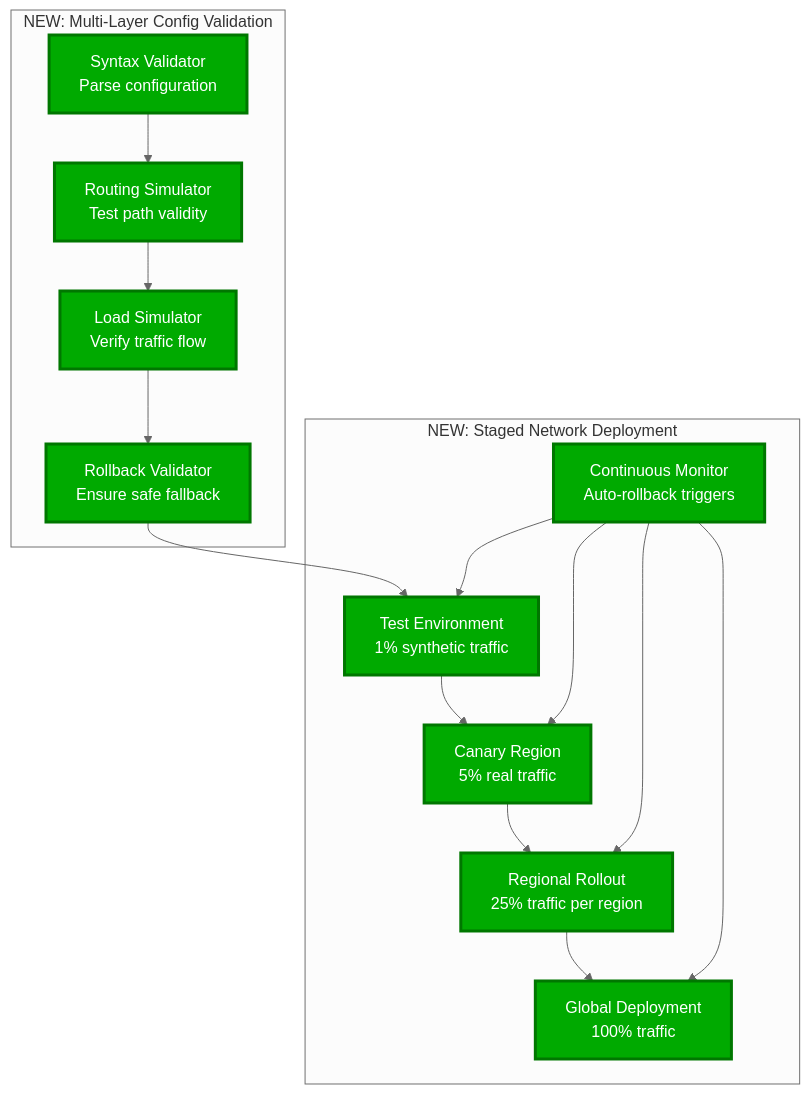
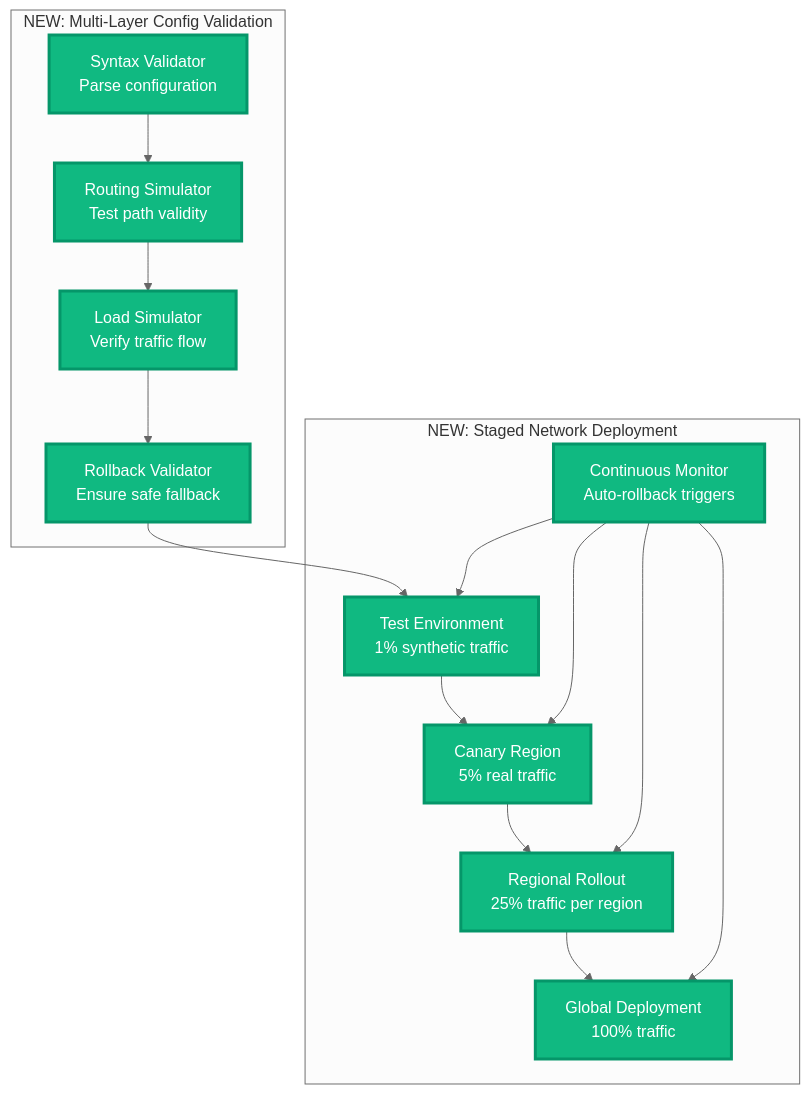
Before and after one commit to deepaucksharma/DS: the tenth of 11 diagrams in site/docs/incidents/google-cloud-november-2021.md, drawn with Mermaid (neutral theme). The commit also changed other lines of this file and 303 other files, not shown here.

````diff
--- a/site/docs/incidents/google-cloud-november-2021.md
+++ b/site/docs/incidents/google-cloud-november-2021.md
@@ -374,28 +374,28 @@
 ```mermaid
 graph TB
     subgraph "NEW: Multi-Layer Config Validation"
         VALIDATE1[Syntax Validator<br/>Parse configuration]
         VALIDATE2[Routing Simulator<br/>Test path validity]
         VALIDATE3[Load Simulator<br/>Verify traffic flow]
         VALIDATE4[Rollback Validator<br/>Ensure safe fallback]
     end
 
     subgraph "NEW: Staged Network Deployment"
         STAGE1[Test Environment<br/>1% synthetic traffic]
         STAGE2[Canary Region<br/>5% real traffic]
         STAGE3[Regional Rollout<br/>25% traffic per region]
         STAGE4[Global Deployment<br/>100% traffic]
         MONITOR[Continuous Monitor<br/>Auto-rollback triggers]
     end
 
     VALIDATE1 --> VALIDATE2 --> VALIDATE3 --> VALIDATE4
     VALIDATE4 --> STAGE1 --> STAGE2 --> STAGE3 --> STAGE4
 
     MONITOR --> STAGE1
     MONITOR --> STAGE2
     MONITOR --> STAGE3
     MONITOR --> STAGE4
 
-    classDef newStyle fill:#00AA00,stroke:#007700,color:#fff,stroke-width:3px
+    classDef newStyle fill:#10B981,stroke:#059669,color:#fff,stroke-width:3px
     class VALIDATE1,VALIDATE2,VALIDATE3,VALIDATE4,STAGE1,STAGE2,STAGE3,STAGE4,MONITOR newStyle
 ```
````
